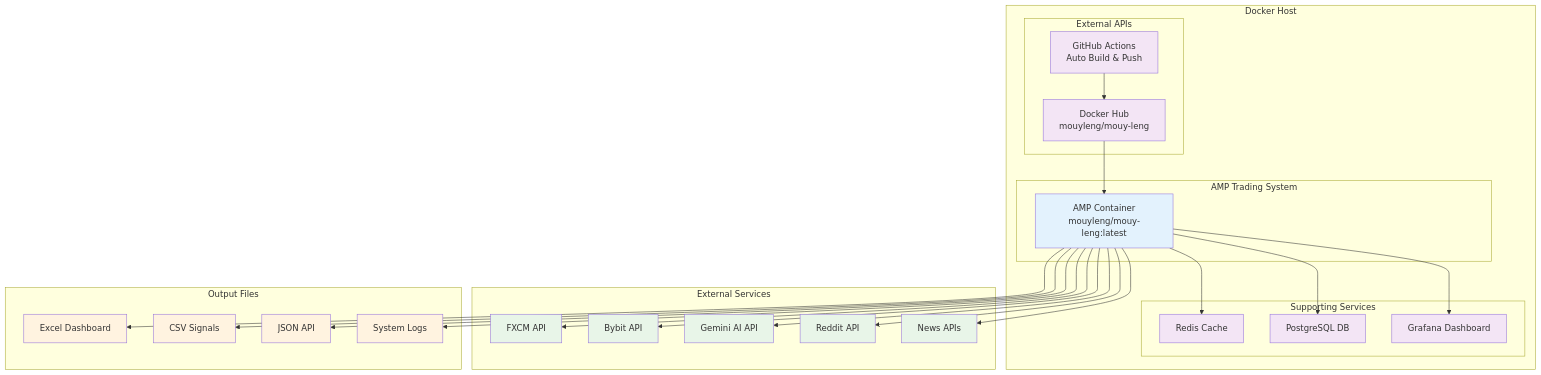
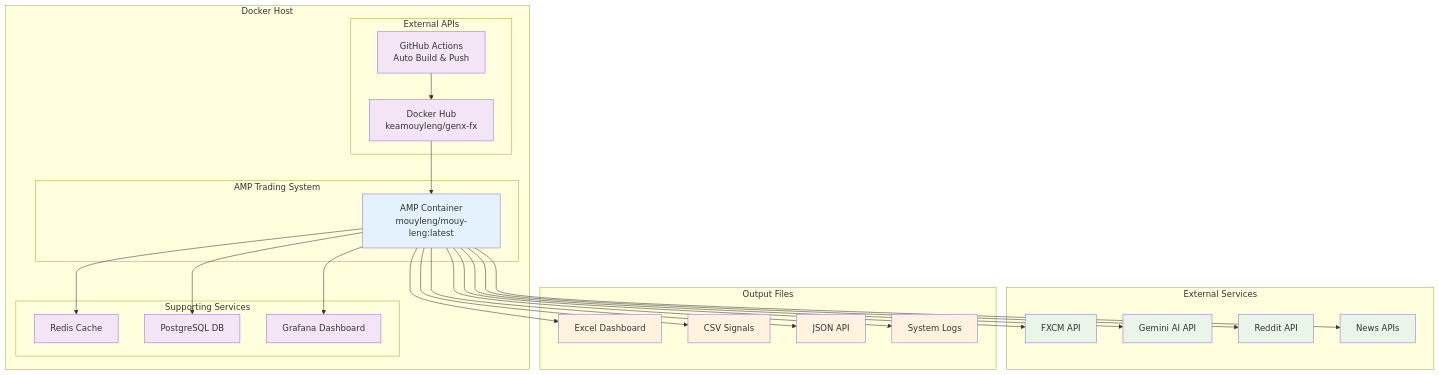
Before and after one commit to Mouy-leng/GenX_FX_0: the third of 3 diagrams in README.md, drawn with Mermaid. The commit also changed other lines of this file and 8 other files, not shown here.

Commit message:
Integrate Gemini AI, remove Bybit, update Docker repository to keamouyleng/genx-fx

````diff
--- a/README.md
+++ b/README.md
@@ -183,64 +183,62 @@
 ```mermaid
 graph TB
     subgraph "Docker Host"
         subgraph "AMP Trading System"
             AMP[AMP Container<br/>mouyleng/mouy-leng:latest]
         end
         
         subgraph "Supporting Services"
             REDIS[Redis Cache]
             POSTGRES[PostgreSQL DB]
             GRAFANA[Grafana Dashboard]
         end
         
         subgraph "External APIs"
-            DOCKER_HUB[Docker Hub<br/>mouyleng/mouy-leng]
+            DOCKER_HUB[Docker Hub<br/>keamouyleng/genx-fx]
             GITHUB[GitHub Actions<br/>Auto Build & Push]
         end
     end
     
     subgraph "External Services"
         FXCM_API[FXCM API]
-        BYBIT_API[Bybit API]
         GEMINI_API[Gemini AI API]
         REDDIT_API[Reddit API]
         NEWS_API[News APIs]
     end
     
     subgraph "Output Files"
         EXCEL[Excel Dashboard]
         CSV[CSV Signals]
         JSON[JSON API]
         LOGS[System Logs]
     end
     
     %% Connections
     GITHUB --> DOCKER_HUB
     DOCKER_HUB --> AMP
     
     AMP --> REDIS
     AMP --> POSTGRES
     AMP --> GRAFANA
     
     AMP --> FXCM_API
-    AMP --> BYBIT_API
     AMP --> GEMINI_API
     AMP --> REDDIT_API
     AMP --> NEWS_API
     
     AMP --> EXCEL
     AMP --> CSV
     AMP --> JSON
     AMP --> LOGS
     
     %% Styling
     classDef container fill:#e3f2fd
     classDef service fill:#f3e5f5
     classDef external fill:#e8f5e8
     classDef output fill:#fff3e0
     
     class AMP container
     class REDIS,POSTGRES,GRAFANA,DOCKER_HUB,GITHUB service
-    class FXCM_API,BYBIT_API,GEMINI_API,REDDIT_API,NEWS_API external
+    class FXCM_API,GEMINI_API,REDDIT_API,NEWS_API external
     class EXCEL,CSV,JSON,LOGS output
 ```
````
